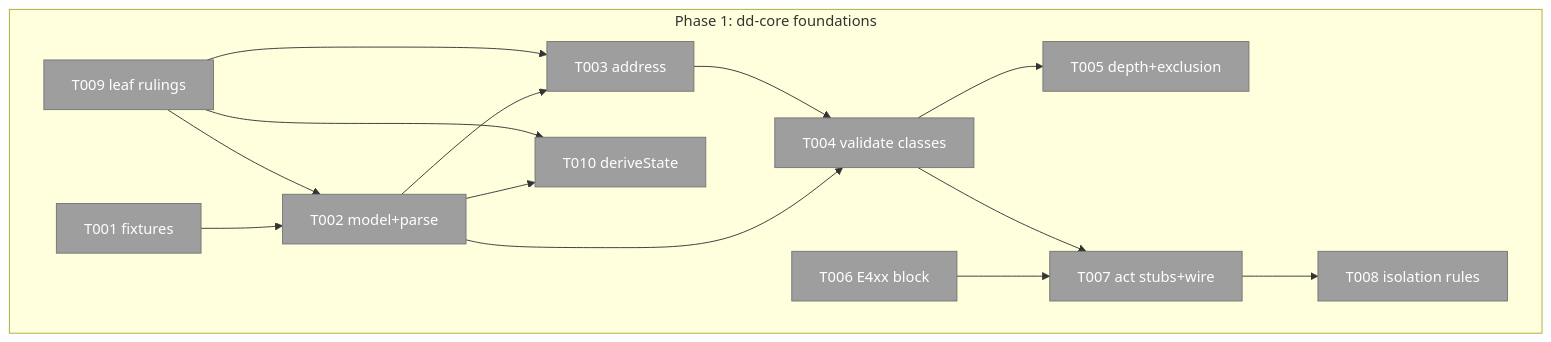
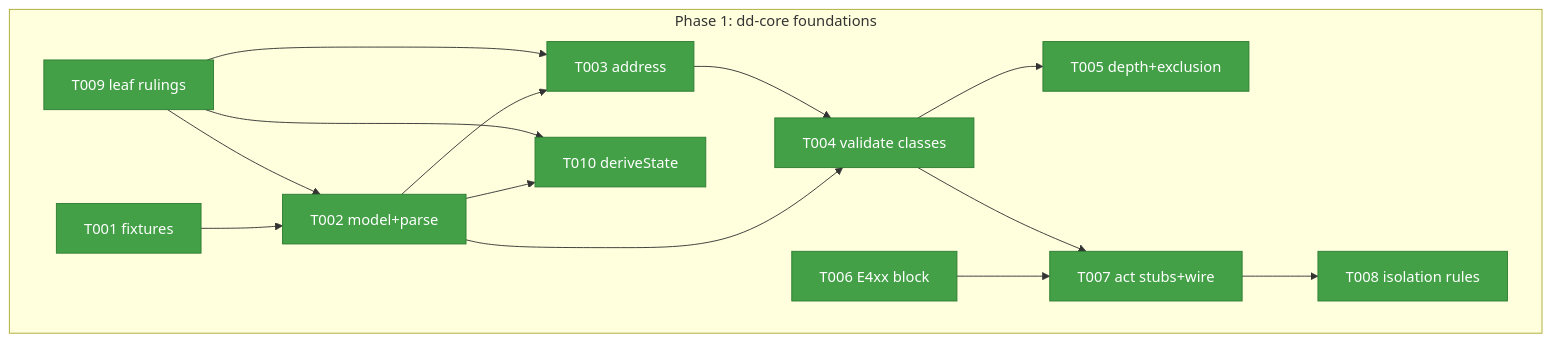
One commit to AI-Substrate/harness-engineering changed the first of 2 diagrams in docs/plans/065-deterministic-documents/tasks/phase-1-dd-core-foundations/tasks.md. Above: the diagram before and after it, drawn with Mermaid. The commit also changed other lines of this file and 68 other files, not shown here.

````diff
--- a/docs/plans/065-deterministic-documents/tasks/phase-1-dd-core-foundations/tasks.md
+++ b/docs/plans/065-deterministic-documents/tasks/phase-1-dd-core-foundations/tasks.md
@@ -29,18 +29,20 @@
 ```mermaid
 flowchart TD
     classDef pending fill:#9E9E9E,stroke:#757575,color:#fff
+    classDef inprogress fill:#FB8C00,stroke:#EF6C00,color:#fff
+    classDef completed fill:#43A047,stroke:#2E7D32,color:#fff
     subgraph Phase1["Phase 1: dd-core foundations"]
-        T001["T001 fixtures"]:::pending --> T002["T002 model+parse"]:::pending
-        T002 --> T003["T003 address"]:::pending
-        T002 --> T004["T004 validate classes"]:::pending
+        T001["T001 fixtures"]:::completed --> T002["T002 model+parse"]:::completed
+        T002 --> T003["T003 address"]:::completed
+        T002 --> T004["T004 validate classes"]:::completed
         T003 --> T004
-        T004 --> T005["T005 depth+exclusion"]:::pending
-        T002 --> T010["T010 deriveState"]:::pending
-        T006["T006 E4xx block"]:::pending --> T007["T007 act stubs+wire"]:::pending
+        T004 --> T005["T005 depth+exclusion"]:::completed
+        T002 --> T010["T010 deriveState"]:::completed
+        T006["T006 E4xx block"]:::completed --> T007["T007 act stubs+wire"]:::completed
         T004 --> T007
-        T007 --> T008["T008 isolation rules"]:::pending
-        T009["T009 leaf rulings"]:::pending --> T002
+        T007 --> T008["T008 isolation rules"]:::completed
+        T009["T009 leaf rulings"]:::completed --> T002
         T009 --> T003
         T009 --> T010
     end
 ```
````
